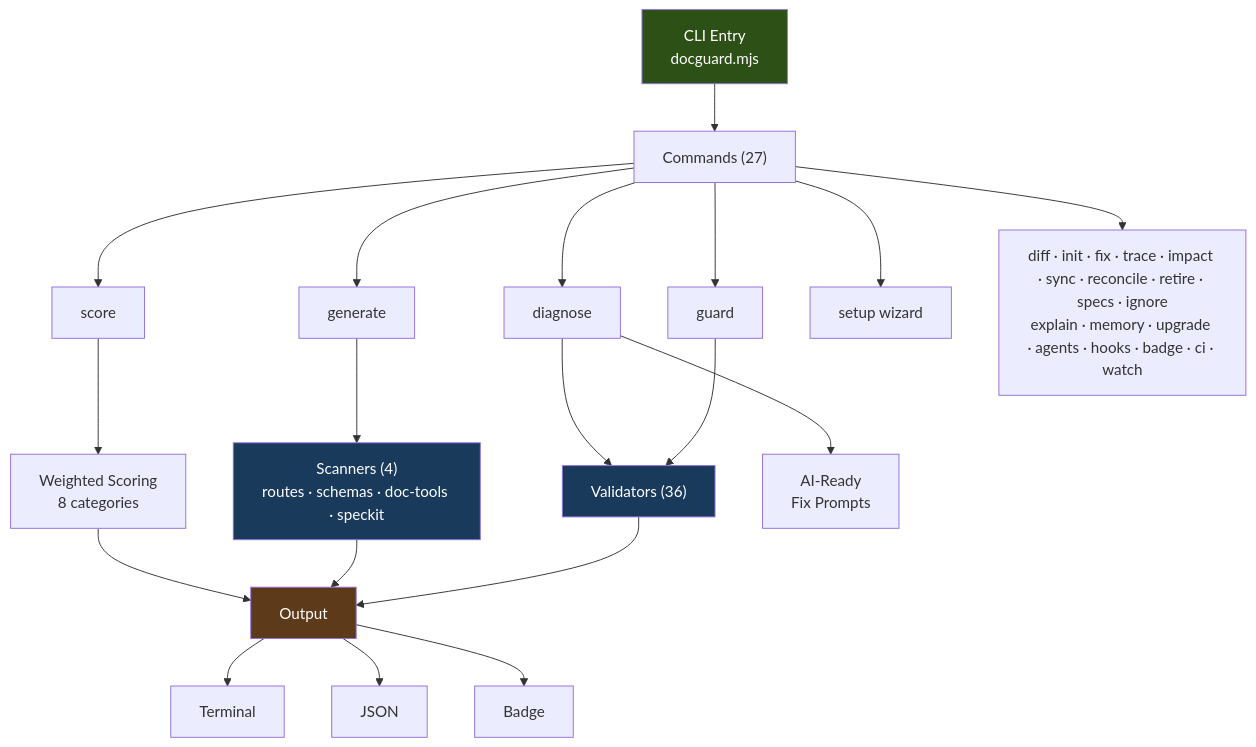
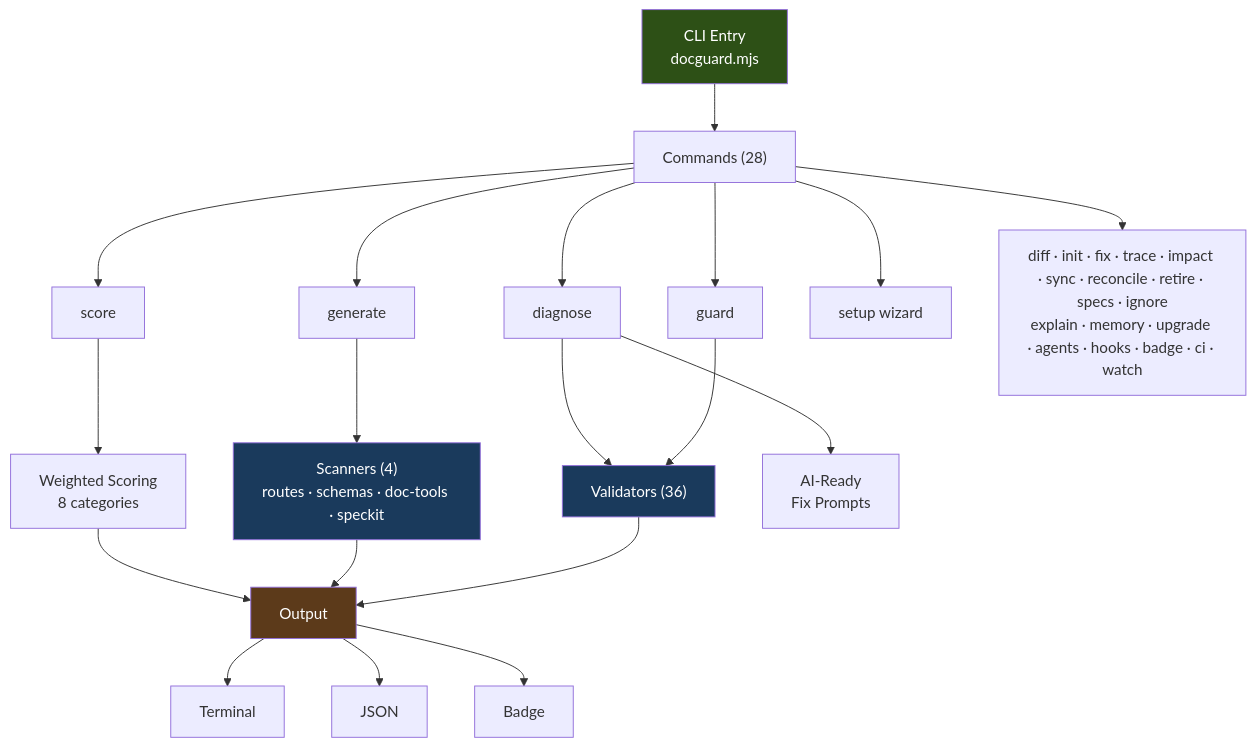
Before and after one commit to raccioly/docguard: the diagram in README.md, drawn with Mermaid. The commit also changed other lines of this file and 28 other files, not shown here.

````diff
--- a/README.md
+++ b/README.md
@@ -73,28 +73,28 @@
 ```mermaid
 graph TD
-    CLI["CLI Entry<br/>docguard.mjs"] --> Commands["Commands (27)"]
+    CLI["CLI Entry<br/>docguard.mjs"] --> Commands["Commands (28)"]
     Commands --> guard["guard"]
     Commands --> generate["generate"]
     Commands --> score["score"]
     Commands --> diagnose["diagnose"]
     Commands --> setup["setup wizard"]
     Commands --> other["diff · init · fix · trace · impact · sync · reconcile · retire · specs · ignore<br/>explain · memory · upgrade · agents · hooks · badge · ci · watch"]
 
     guard --> Validators["Validators (36)"]
     generate --> Scanners["Scanners (4)<br/>routes · schemas · doc-tools · speckit"]
     score --> Scoring["Weighted Scoring<br/>8 categories"]
     diagnose --> Validators
     diagnose --> AIPrompts["AI-Ready<br/>Fix Prompts"]
 
     Validators --> Output["Output"]
     Scanners --> Output
     Scoring --> Output
     Output --> Terminal["Terminal"]
     Output --> JSON["JSON"]
     Output --> Badge["Badge"]
 
     style CLI fill:#2d5016,color:#fff
     style Validators fill:#1a3a5c,color:#fff
     style Scanners fill:#1a3a5c,color:#fff
     style Output fill:#5c3a1a,color:#fff
 ```
````
